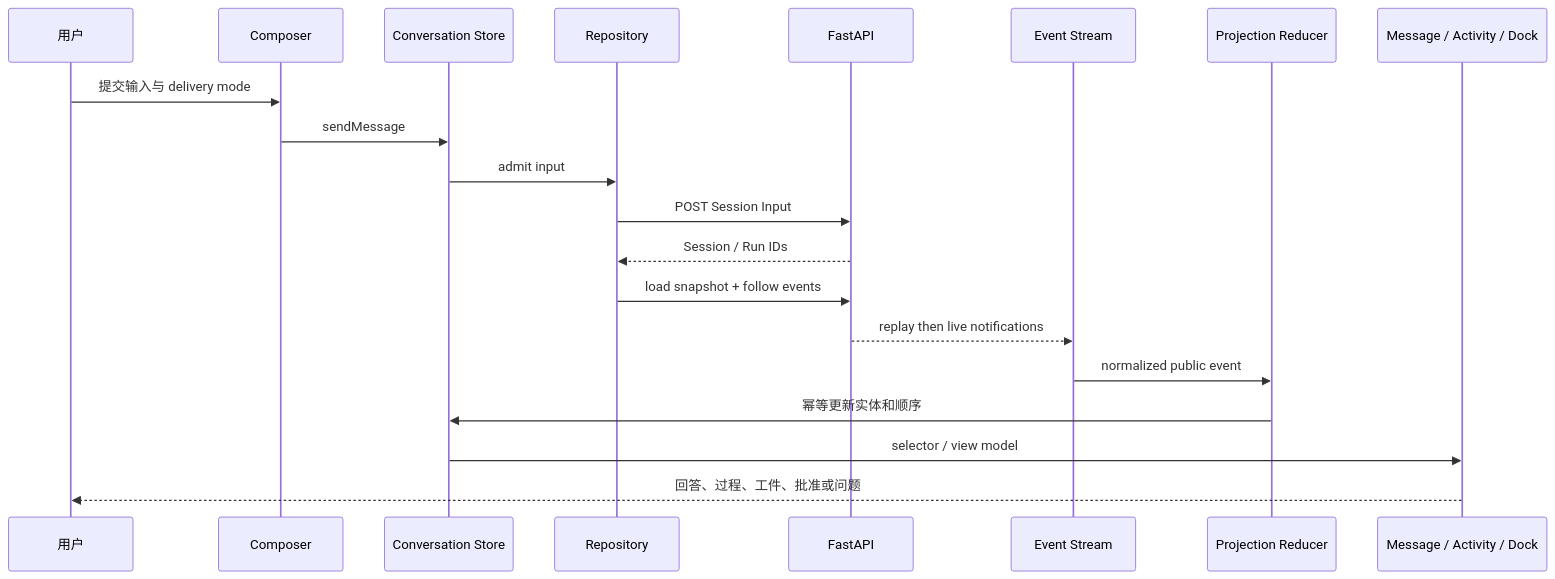
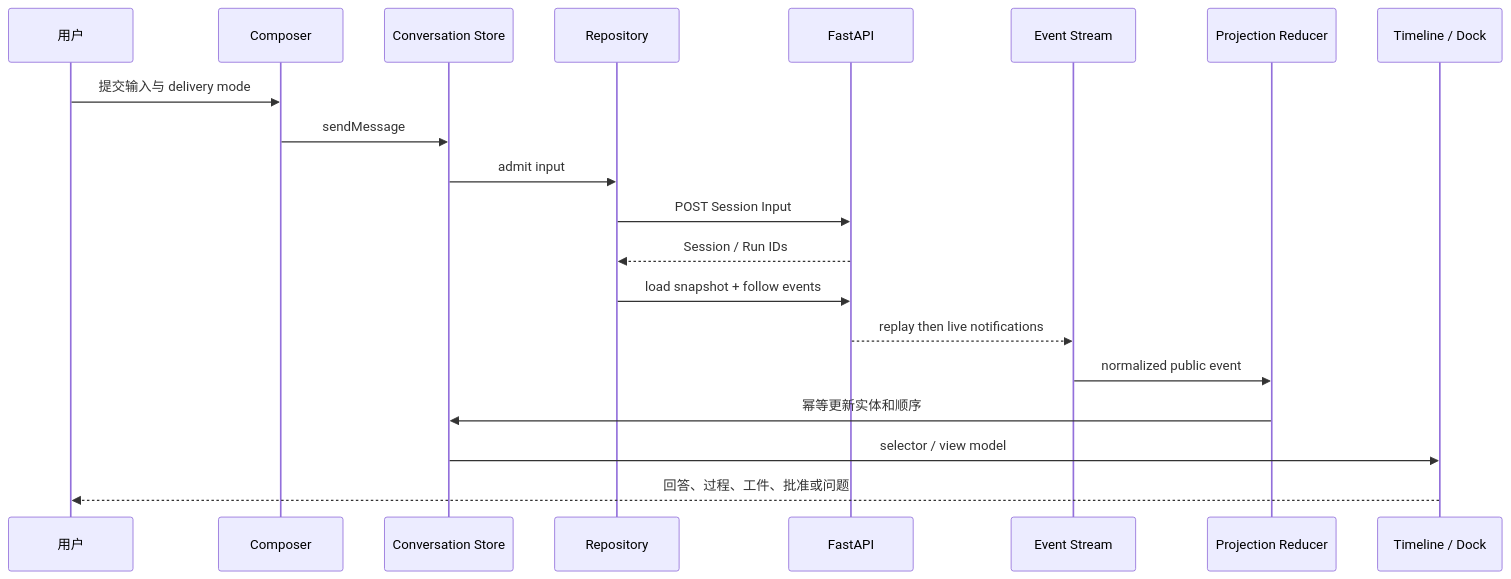
The third of 5 diagrams in docs/architecture/frontend.md (trrueee/DBFox), drawn with Mermaid before and after one commit. The commit also changed other lines of this file and 8 other files, not shown here.

Commit message:
chore(runtime): align startup and architecture metadata

````diff
--- a/docs/architecture/frontend.md
+++ b/docs/architecture/frontend.md
@@ -102,23 +101,23 @@
 ```mermaid
 sequenceDiagram
   participant User as 用户
   participant Composer as Composer
   participant Store as Conversation Store
   participant Repo as Repository
   participant API as FastAPI
   participant SSE as Event Stream
   participant Reducer as Projection Reducer
-  participant View as Message / Activity / Dock
+  participant View as Timeline / Dock
 
   User->>Composer: 提交输入与 delivery mode
   Composer->>Store: sendMessage
   Store->>Repo: admit input
   Repo->>API: POST Session Input
   API-->>Repo: Session / Run IDs
   Repo->>API: load snapshot + follow events
   API-->>SSE: replay then live notifications
   SSE->>Reducer: normalized public event
   Reducer->>Store: 幂等更新实体和顺序
   Store->>View: selector / view model
   View-->>User: 回答、过程、工件、批准或问题
 ```
````
